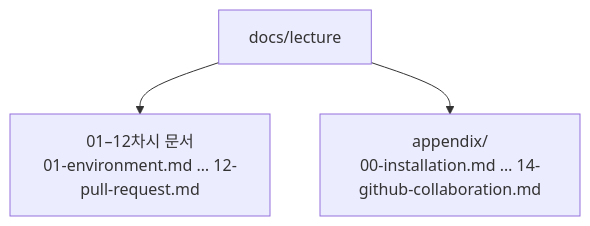
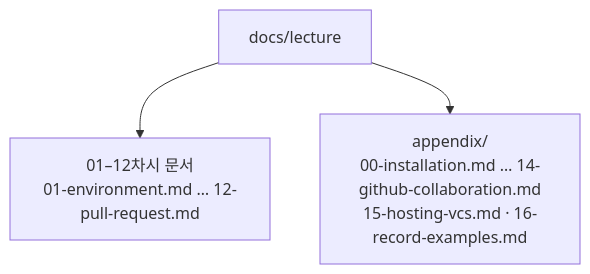
Before and after one commit to qus0in-factory/learn: the diagram in docs/lecture/index.md, drawn with Mermaid. The commit also changed other lines of this file and 2 other files, not shown here.

Commit message:
docs: reconcile integrated appendix links and page counts

````diff
--- a/docs/lecture/index.md
+++ b/docs/lecture/index.md
@@ -68,5 +70,5 @@
 ```mermaid
 flowchart TD
     L["docs/lecture"] --> C["01–12차시 문서<br/>01-environment.md … 12-pull-request.md"]
-    L --> A["appendix/<br/>00-installation.md … 14-github-collaboration.md"]
+    L --> A["appendix/<br/>00-installation.md … 14-github-collaboration.md<br/>15-hosting-vcs.md · 16-record-examples.md"]
 ```
````
